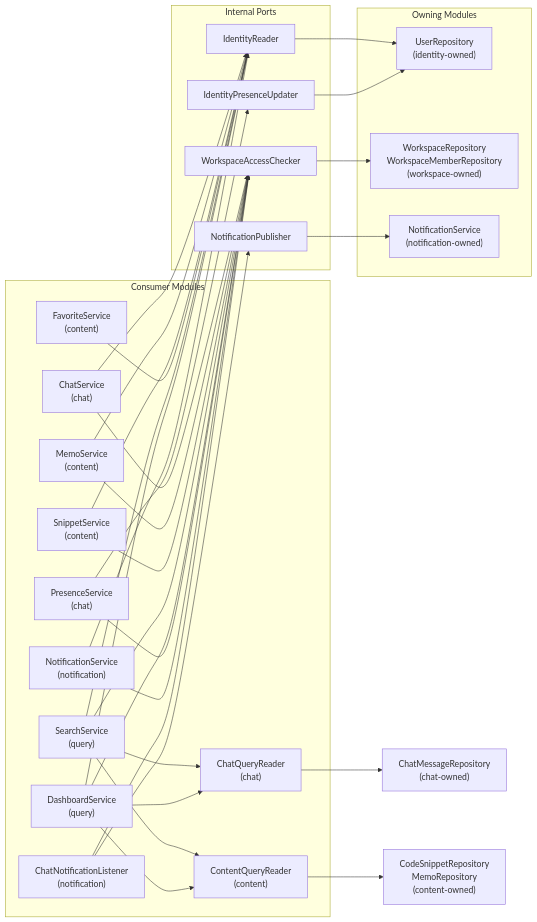
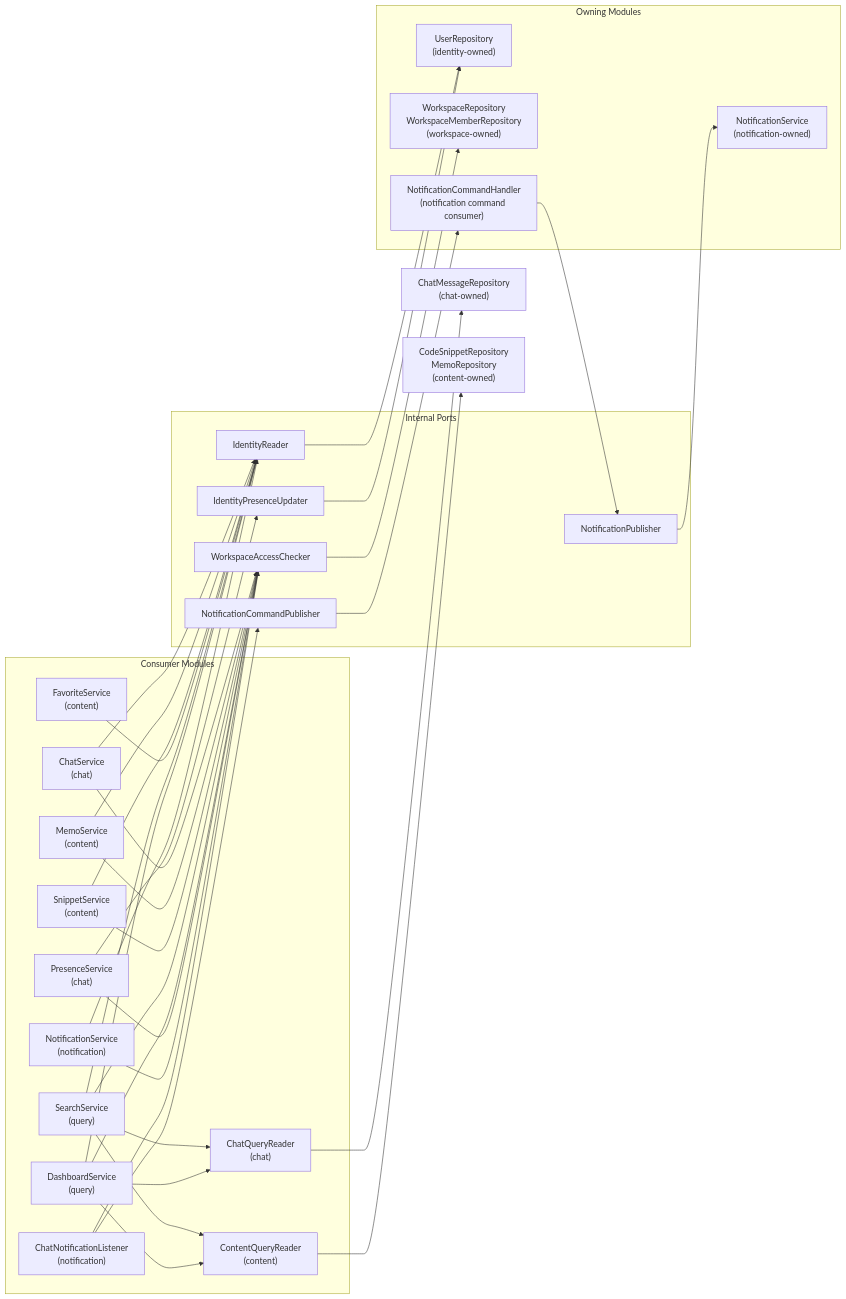
Before and after one commit to jdhert/SceneHive: the fifth of 8 diagrams in README.md, drawn with Mermaid. The commit also changed other lines of this file and 9 other files, not shown here.

````diff
--- a/README.md
+++ b/README.md
@@ -217,58 +217,62 @@
 ```mermaid
 flowchart LR
     subgraph Consumers["Consumer Modules"]
         ChatService["ChatService\n(chat)"]
         ChatQueryReader["ChatQueryReader\n(chat)"]
         MemoService["MemoService\n(content)"]
         SnippetService["SnippetService\n(content)"]
         ContentQueryReader["ContentQueryReader\n(content)"]
         FavoriteService["FavoriteService\n(content)"]
         SearchService["SearchService\n(query)"]
         DashboardService["DashboardService\n(query)"]
         PresenceService["PresenceService\n(chat)"]
         NotificationService["NotificationService\n(notification)"]
         ChatListener["ChatNotificationListener\n(notification)"]
     end
 
     subgraph Ports["Internal Ports"]
         IdentityReader["IdentityReader"]
         IdentityPresenceUpdater["IdentityPresenceUpdater"]
         WorkspaceAccessChecker["WorkspaceAccessChecker"]
+        NotificationCommandPublisher["NotificationCommandPublisher"]
         NotificationPublisher["NotificationPublisher"]
     end
 
     subgraph Owners["Owning Modules"]
         UserRepo["UserRepository\n(identity-owned)"]
         WorkspaceRepos["WorkspaceRepository\nWorkspaceMemberRepository\n(workspace-owned)"]
+        NotificationCommandHandler["NotificationCommandHandler\n(notification command consumer)"]
         NotificationSvc["NotificationService\n(notification-owned)"]
     end
 
     ChatService --> IdentityReader
     ChatService --> WorkspaceAccessChecker
     SearchService --> ChatQueryReader
     DashboardService --> ChatQueryReader
     SearchService --> ContentQueryReader
     DashboardService --> ContentQueryReader
     MemoService --> IdentityReader
     MemoService --> WorkspaceAccessChecker
     SnippetService --> IdentityReader
     SnippetService --> WorkspaceAccessChecker
     FavoriteService --> IdentityReader
     SearchService --> IdentityReader
     SearchService --> WorkspaceAccessChecker
     DashboardService --> IdentityReader
     DashboardService --> WorkspaceAccessChecker
     PresenceService --> IdentityPresenceUpdater
     PresenceService --> WorkspaceAccessChecker
     NotificationService --> IdentityReader
     NotificationService --> WorkspaceAccessChecker
     ChatListener --> WorkspaceAccessChecker
-    ChatListener --> NotificationPublisher
+    ChatListener --> NotificationCommandPublisher
 
     IdentityReader --> UserRepo
     IdentityPresenceUpdater --> UserRepo
     ChatQueryReader --> ChatRepos["ChatMessageRepository\n(chat-owned)"]
     ContentQueryReader --> ContentRepos["CodeSnippetRepository\nMemoRepository\n(content-owned)"]
     WorkspaceAccessChecker --> WorkspaceRepos
+    NotificationCommandPublisher --> NotificationCommandHandler
+    NotificationCommandHandler --> NotificationPublisher
     NotificationPublisher --> NotificationSvc
 ```
````
